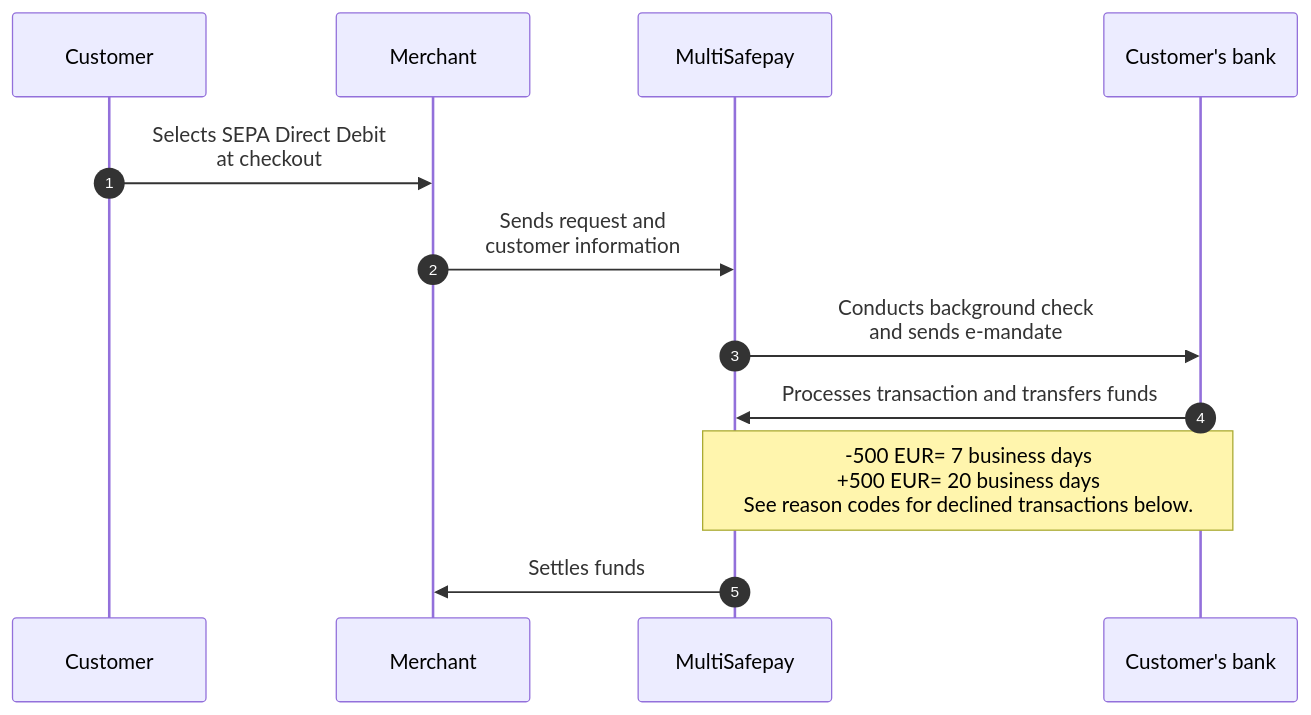
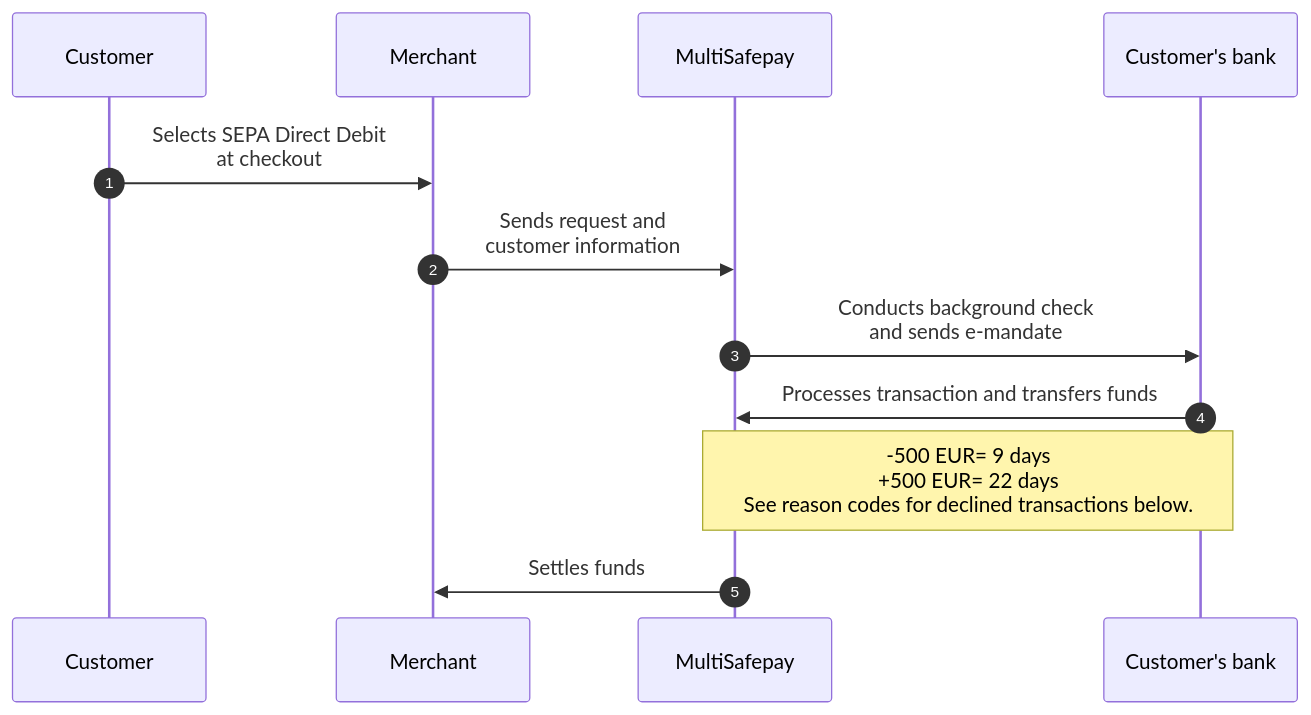
Before and after one commit to MultiSafepay/docs: the diagram in content/payments/methods/banks/sepa-direct-debit/payment-flow.md, drawn with Mermaid.

Commit message:
DOCS-2867: update sepa direct debit settlement times

```diff
--- a/content/payments/methods/banks/sepa-direct-debit/payment-flow.md
+++ b/content/payments/methods/banks/sepa-direct-debit/payment-flow.md
@@ -22,17 +22,17 @@
 {{< mermaid class="text-center" >}}
 
 sequenceDiagram
     autonumber
     participant C as Customer
     participant Me as Merchant
     participant Mu as MultiSafepay
     participant CB as Customer's bank
     
     C->>Me: Selects SEPA Direct Debit <br> at checkout
     Me->>Mu: Sends request and <br> customer information
     Mu->>CB: Conducts background check <br> and sends e-mandate
     CB->>Mu: Processes transaction and transfers funds 
-    Note over CB,Mu: -500 EUR= 7 business days <br> +500 EUR= 20 business days <br> See reason codes for declined transactions below.
+    Note over CB,Mu: -500 EUR= 9 days <br> +500 EUR= 22 days <br> See reason codes for declined transactions below.
     Mu->>Me: Settles funds
 
 {{< /mermaid >}}
```
